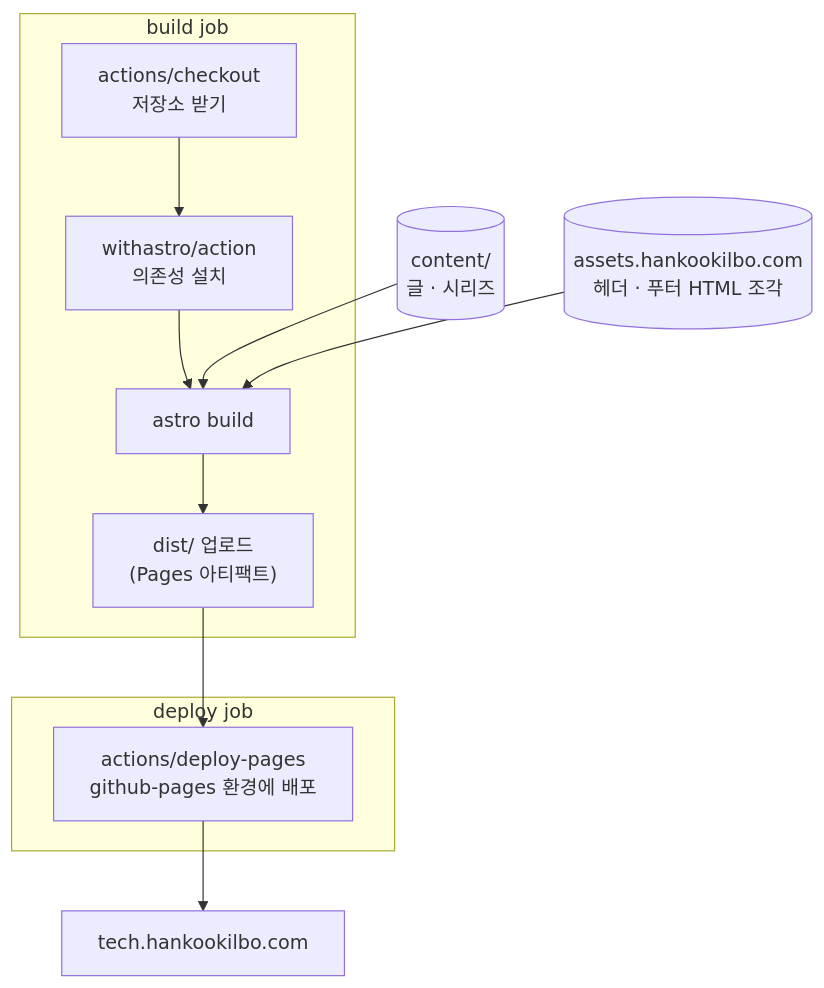
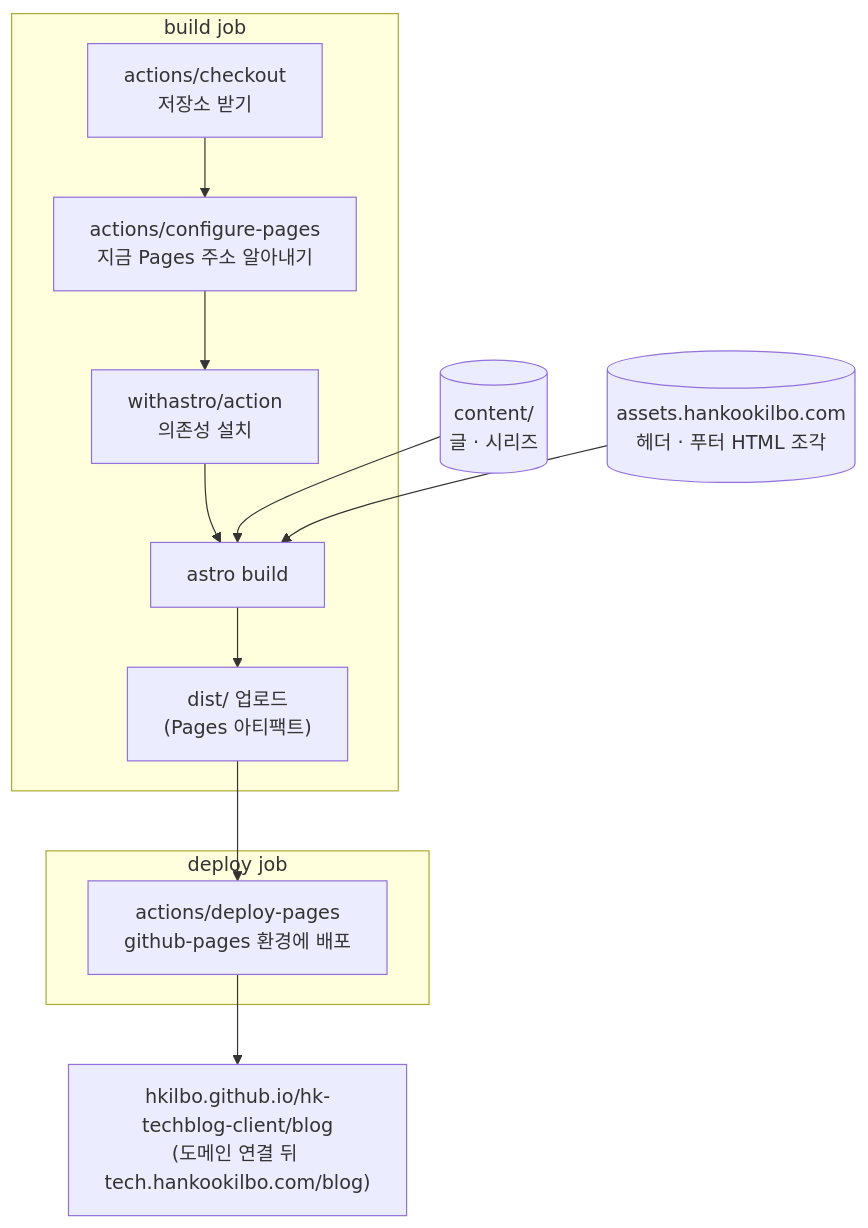
Before and after one commit to hkilbo/hk-techblog-client: the second of 2 diagrams in README.md, drawn with Mermaid. The commit also changed other lines of this file and 27 other files, not shown here.

````diff
--- a/README.md
+++ b/README.md
@@ -161,17 +162,18 @@
 ```mermaid
 flowchart TD
     C1[("content/<br/>글 · 시리즈")]
     C2[("assets.hankookilbo.com<br/>헤더 · 푸터 HTML 조각")]
     subgraph J1["build job"]
-        B1["actions/checkout<br/>저장소 받기"] --> B2["withastro/action<br/>의존성 설치"]
+        B1["actions/checkout<br/>저장소 받기"] --> B0["actions/configure-pages<br/>지금 Pages 주소 알아내기"]
+        B0 --> B2["withastro/action<br/>의존성 설치"]
         B2 --> B3["astro build"]
         B3 --> B4["dist/ 업로드<br/>(Pages 아티팩트)"]
     end
     subgraph J2["deploy job"]
         D1["actions/deploy-pages<br/>github-pages 환경에 배포"]
     end
     C1 --> B3
     C2 --> B3
     B4 --> D1
-    D1 --> SITE["tech.hankookilbo.com"]
+    D1 --> SITE["hkilbo.github.io/hk-techblog-client/blog<br/>(도메인 연결 뒤 tech.hankookilbo.com/blog)"]
 ```
````
